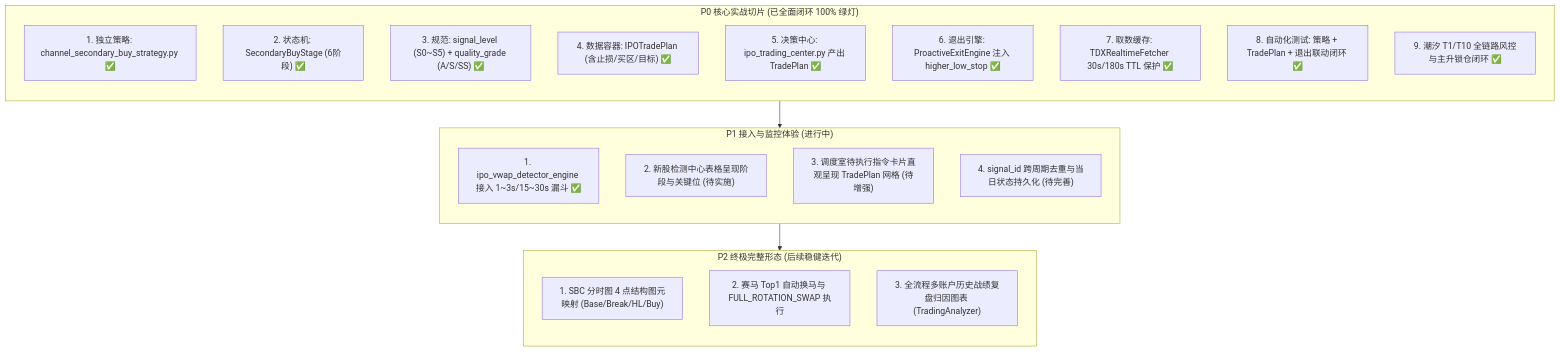
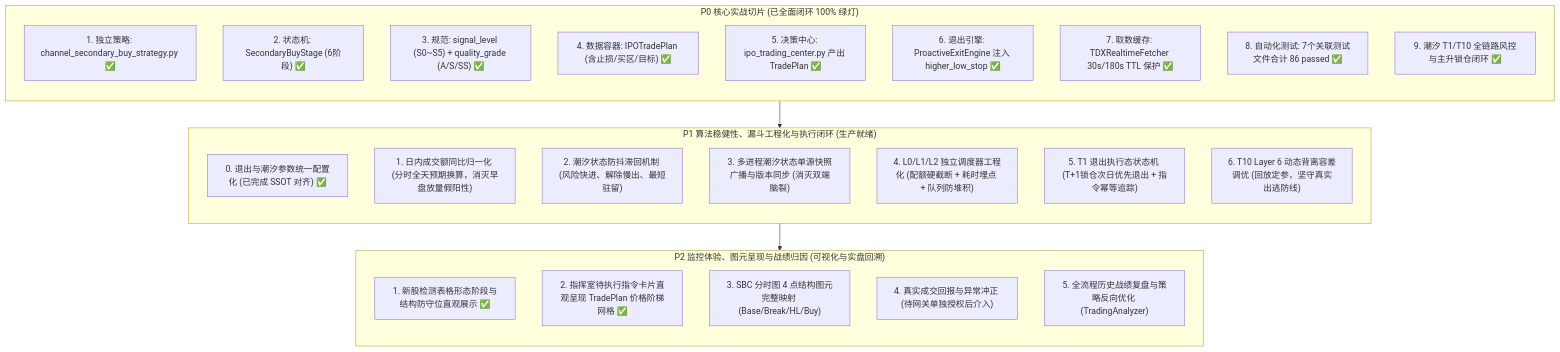
One commit to johnsonhongyi/pyQuant3 changed the diagram in stock_standalone/design/新股检测中心和集中交易指挥室升级交易方案2.md. Above: the diagram before and after it, drawn with Mermaid. The commit also changed other lines of this file and 9 other files, not shown here.

````diff
--- a/stock_standalone/design/新股检测中心和集中交易指挥室升级交易方案2.md
+++ b/stock_standalone/design/新股检测中心和集中交易指挥室升级交易方案2.md
@@ -25,32 +26,37 @@
 ```mermaid
 flowchart TD
     subgraph P0 ["P0 核心实战切片 (已全面闭环 100% 绿灯)"]
         direction TB
         M1["1. 独立策略: channel_secondary_buy_strategy.py ✅"]
         M2["2. 状态机: SecondaryBuyStage (6阶段) ✅"]
         M3["3. 规范: signal_level (S0~S5) + quality_grade (A/S/SS) ✅"]
         M4["4. 数据容器: IPOTradePlan (含止损/买区/目标) ✅"]
         M5["5. 决策中心: ipo_trading_center.py 产出 TradePlan ✅"]
         M6["6. 退出引擎: ProactiveExitEngine 注入 higher_low_stop ✅"]
         M7["7. 取数缓存: TDXRealtimeFetcher 30s/180s TTL 保护 ✅"]
-        M8["8. 自动化测试: 策略 + TradePlan + 退出联动闭环 ✅"]
+        M8["8. 自动化测试: 7个关联测试文件合计 86 passed ✅"]
         M9["9. 潮汐 T1/T10 全链路风控与主升锁仓闭环 ✅"]
     end
 
-    subgraph P1 ["P1 接入与监控体验 (进行中)"]
+    subgraph P1 ["P1 算法稳健性、漏斗工程化与执行闭环 (生产就绪)"]
         direction TB
-        N1["1. ipo_vwap_detector_engine 接入 1~3s/15~30s 漏斗 ✅"]
-        N2["2. 新股检测中心表格呈现阶段与关键位 (待实施)"]
-        N3["3. 调度室待执行指令卡片直观呈现 TradePlan 网格 (待增强)"]
-        N4["4. signal_id 跨周期去重与当日状态持久化 (待完善)"]
+        N0["0. 退出与潮汐参数统一配置化 (已完成 SSOT 对齐) ✅"]
+        N1["1. 日内成交额同比归一化 (分时全天预期换算，消灭早盘放量假阳性)"]
+        N2["2. 潮汐状态防抖滞回机制 (风险快进、解除慢出、最短驻留)"]
+        N3["3. 多进程潮汐状态单源快照广播与版本同步 (消灭双端脑裂)"]
+        N4["4. L0/L1/L2 独立调度器工程化 (配额硬截断 + 耗时埋点 + 队列防堆积)"]
+        N5["5. T1 退出执行态状态机 (T+1锁仓次日优先退出 + 指令幂等追踪)"]
+        N6["6. T10 Layer 6 动态背离容差调优 (回放定参，坚守真实出逃防线)"]
     end
 
-    subgraph P2 ["P2 终极完整形态 (后续稳健迭代)"]
+    subgraph P2 ["P2 监控体验、图元呈现与战绩归因 (可视化与实盘回溯)"]
         direction TB
-        P2_1["1. SBC 分时图 4 点结构图元映射 (Base/Break/HL/Buy)"]
-        P2_2["2. 赛马 Top1 自动换马与 FULL_ROTATION_SWAP 执行"]
-        P2_3["3. 全流程多账户历史战绩复盘归因图表 (TradingAnalyzer)"]
+        P2_1["1. 新股检测表格形态阶段与结构防守位直观展示 ✅"]
+        P2_2["2. 指挥室待执行指令卡片直观呈现 TradePlan 价格阶梯网格 ✅"]
+        P2_3["3. SBC 分时图 4 点结构图元完整映射 (Base/Break/HL/Buy)"]
+        P2_4["4. 真实成交回报与异常冲正 (待网关单独授权后介入)"]
+        P2_5["5. 全流程历史战绩复盘与策略反向优化 (TradingAnalyzer)"]
     end
 
     P0 --> P1 --> P2
 ```
````
